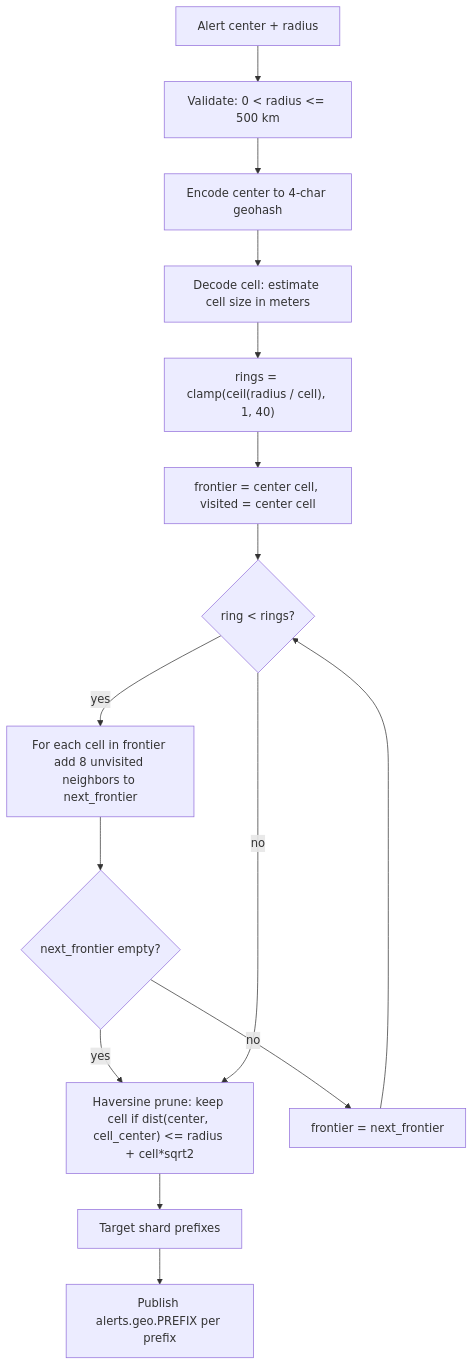
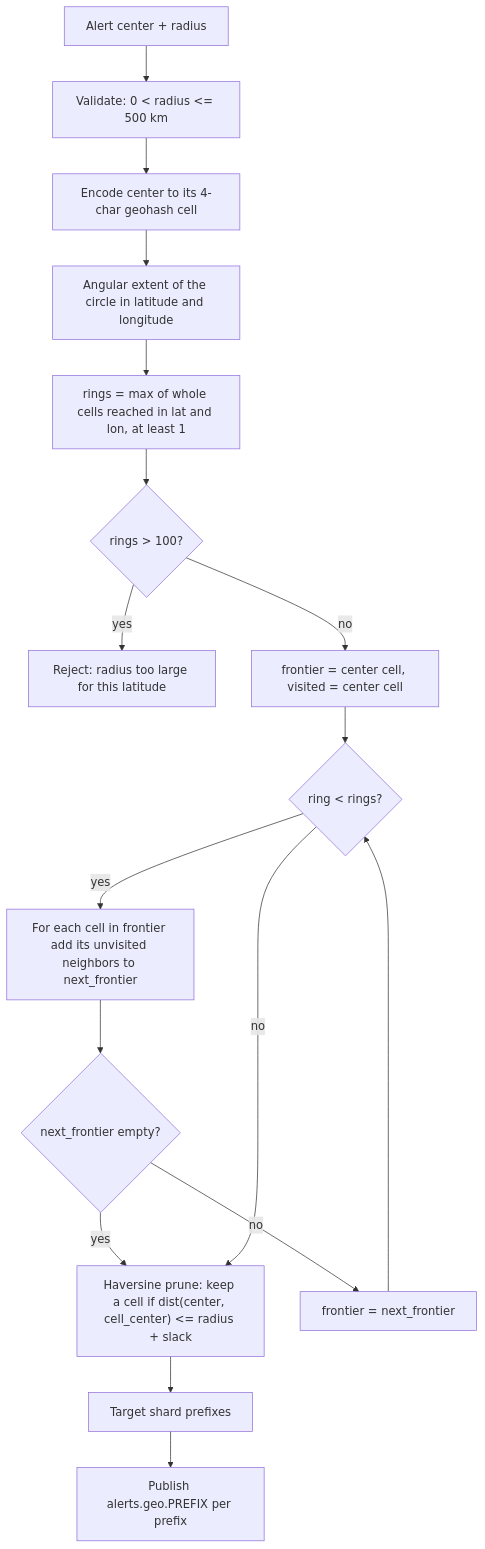
One commit to MuaazTasawar/pulsegrid changed diagram 11 of 14 in README.md. Above: the diagram before and after it, drawn with Mermaid. The commit also changed other lines of this file and 4 other files, not shown here.

````diff
--- a/README.md
+++ b/README.md
@@ -407,17 +495,19 @@
 ```mermaid
 flowchart TD
     A["Alert center + radius"] --> B["Validate: 0 < radius <= 500 km"]
-    B --> C["Encode center to 4-char geohash"]
-    C --> D["Decode cell: estimate cell size in meters"]
-    D --> E["rings = clamp(ceil(radius / cell), 1, 40)"]
-    E --> F["frontier = center cell, visited = center cell"]
-    F --> G{"ring < rings?"}
-    G -- yes --> H["For each cell in frontier add 8 unvisited neighbors to next_frontier"]
-    H --> I{"next_frontier empty?"}
-    I -- yes --> J
-    I -- no --> K["frontier = next_frontier"]
-    K --> G
-    G -- no --> J["Haversine prune: keep cell if dist(center, cell_center) <= radius + cell*sqrt2"]
-    J --> L["Target shard prefixes"]
-    L --> M["Publish alerts.geo.PREFIX per prefix"]
+    B --> C["Encode center to its 4-char geohash cell"]
+    C --> D["Angular extent of the circle in latitude and longitude"]
+    D --> E["rings = max of whole cells reached in lat and lon, at least 1"]
+    E --> F{"rings > 100?"}
+    F -- yes --> X["Reject: radius too large for this latitude"]
+    F -- no --> G["frontier = center cell, visited = center cell"]
+    G --> H{"ring < rings?"}
+    H -- yes --> I["For each cell in frontier add its unvisited neighbors to next_frontier"]
+    I --> J{"next_frontier empty?"}
+    J -- yes --> K
+    J -- no --> L["frontier = next_frontier"]
+    L --> H
+    H -- no --> K["Haversine prune: keep a cell if dist(center, cell_center) <= radius + slack"]
+    K --> M["Target shard prefixes"]
+    M --> N["Publish alerts.geo.PREFIX per prefix"]
 ```
````
